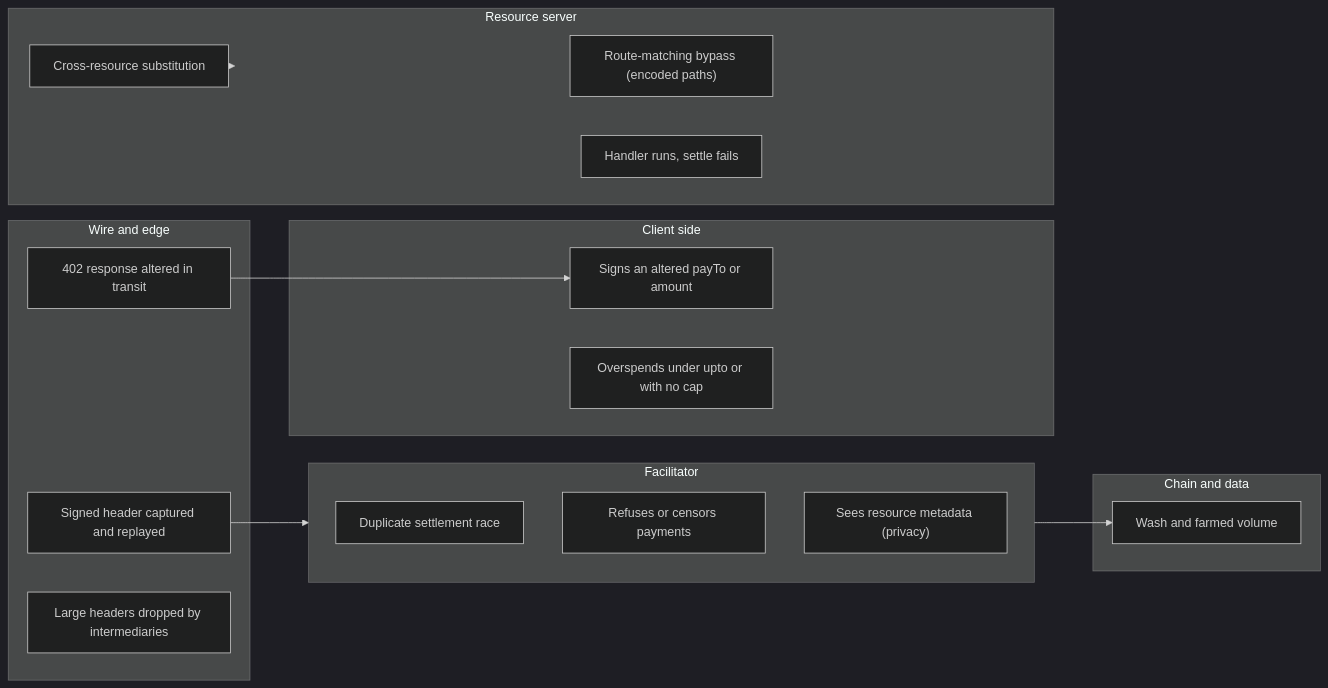
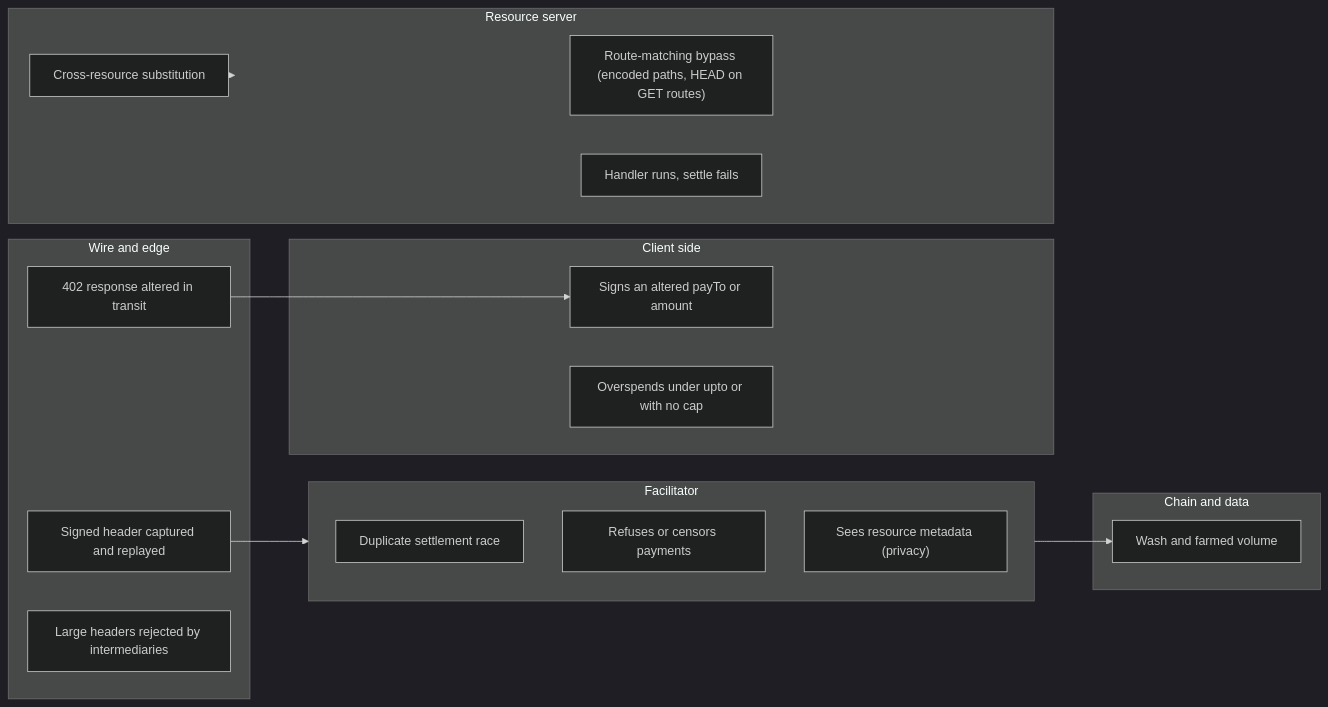
Before and after one commit to mercesAI/agentic-rails-atlas: the diagram in src/content/diagrams/x402-attack-surface.mmd, drawn with Mermaid (dark theme). The commit also changed 114 other files, not shown here.

```diff
--- a/src/content/diagrams/x402-attack-surface.mmd
+++ b/src/content/diagrams/x402-attack-surface.mmd
@@ -1,27 +1,27 @@
 flowchart LR
   subgraph C["Client side"]
     c1["Signs an altered payTo or amount"]
     c2["Overspends under upto or with no cap"]
   end
   subgraph W["Wire and edge"]
     w1["402 response altered in transit"]
     w2["Signed header captured and replayed"]
-    w3["Large headers dropped by intermediaries"]
+    w3["Large headers rejected by intermediaries"]
   end
   subgraph S["Resource server"]
-    s1["Route-matching bypass (encoded paths)"]
+    s1["Route-matching bypass (encoded paths, HEAD on GET routes)"]
     s2["Handler runs, settle fails"]
     s3["Cross-resource substitution"]
   end
   subgraph F["Facilitator"]
     f1["Duplicate settlement race"]
     f2["Refuses or censors payments"]
     f3["Sees resource metadata (privacy)"]
   end
   subgraph N["Chain and data"]
     n1["Wash and farmed volume"]
   end
   w1 --> c1
   w2 --> F
   s3 --> S
   F --> n1
```
